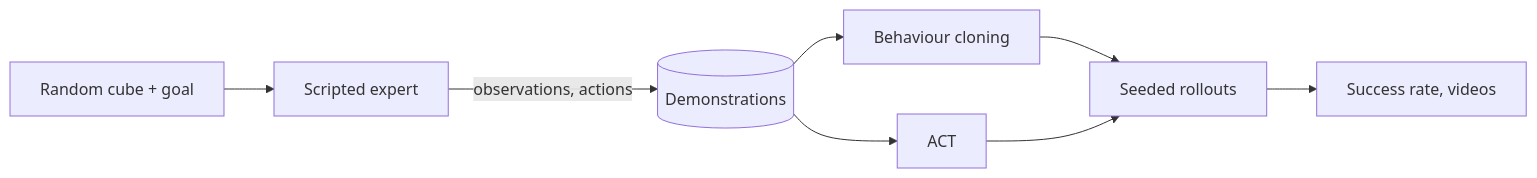
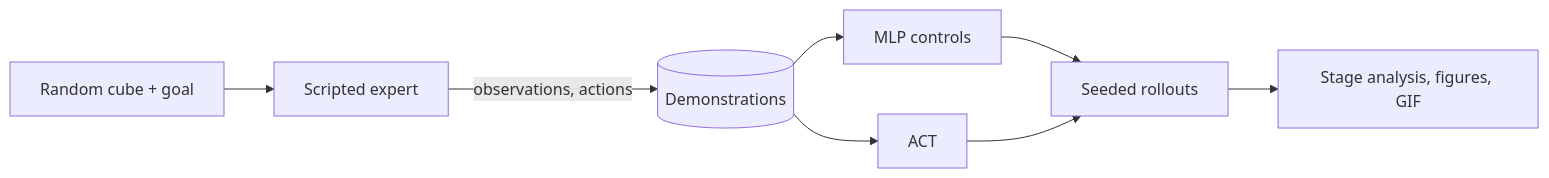
The diagram in README.md (haroonkhan02/robot-arm-imitation-learning), drawn with Mermaid before and after one commit. The commit also changed other lines of this file and 1 other file, not shown here.

````diff
--- a/README.md
+++ b/README.md
@@ -26,10 +24,10 @@
 ```mermaid
 flowchart LR
     A[Random cube + goal] --> B[Scripted expert]
     B -->|observations, actions| C[(Demonstrations)]
-    C --> D[Behaviour cloning]
+    C --> D[MLP controls]
     C --> E[ACT]
     D --> F[Seeded rollouts]
     E --> F
-    F --> G[Success rate, videos]
+    F --> G[Stage analysis, figures, GIF]
 ```
````
